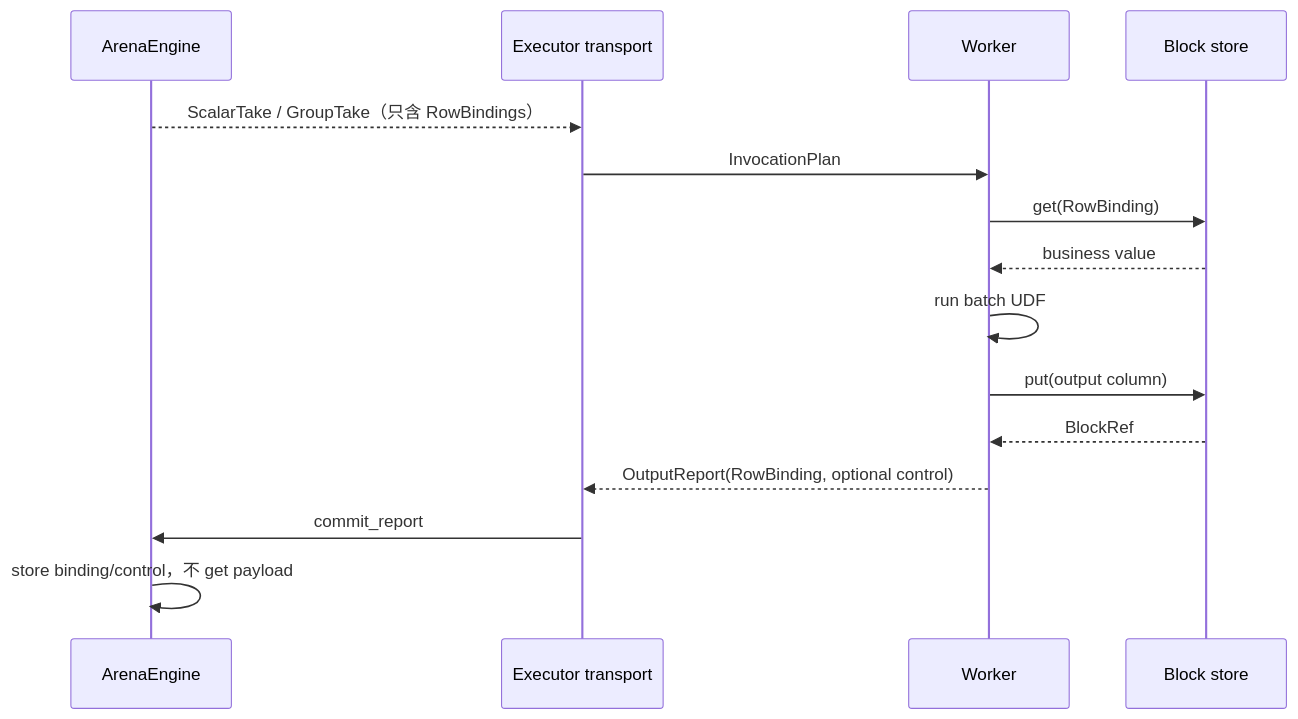
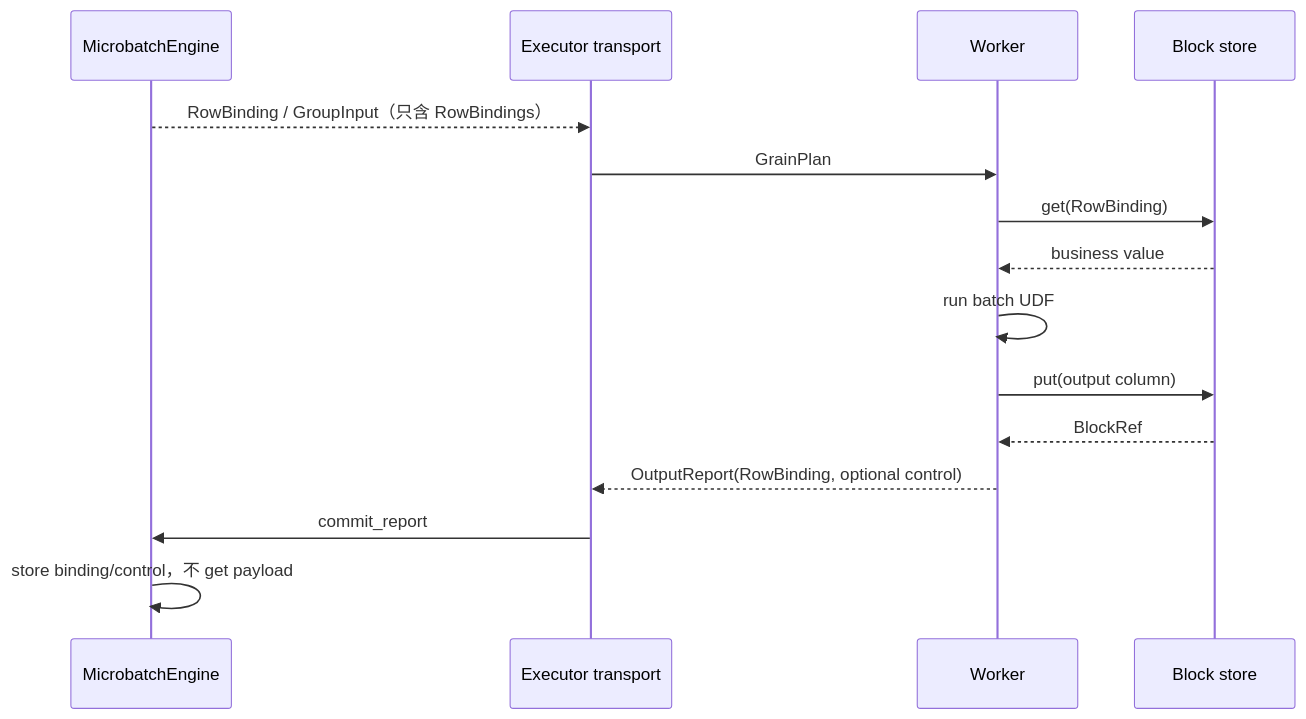
One commit to OpenDCAI/RayOrch changed diagram 11 of 16 in docs/multigrain_v3_6_tutorial.md. Above: the diagram before and after it, drawn with Mermaid. The commit also changed other lines of this file and 38 other files, not shown here.

Commit message:
feat(v3.6): unify architecture vocabulary and state ownership

````diff
--- a/docs/multigrain_v3_6_tutorial.md
+++ b/docs/multigrain_v3_6_tutorial.md
@@ -1209,18 +1230,18 @@
 ```mermaid
 sequenceDiagram
-    participant A as ArenaEngine
+    participant A as MicrobatchEngine
     participant E as Executor transport
     participant W as Worker
     participant S as Block store
 
-    A-->>E: ScalarTake / GroupTake（只含 RowBindings）
-    E->>W: InvocationPlan
+    A-->>E: RowBinding / GroupInput（只含 RowBindings）
+    E->>W: GrainPlan
     W->>S: get(RowBinding)
     S-->>W: business value
     W->>W: run batch UDF
     W->>S: put(output column)
     S-->>W: BlockRef
     W-->>E: OutputReport(RowBinding, optional control)
     E->>A: commit_report
     A->>A: store binding/control，不 get payload
 ```
````
